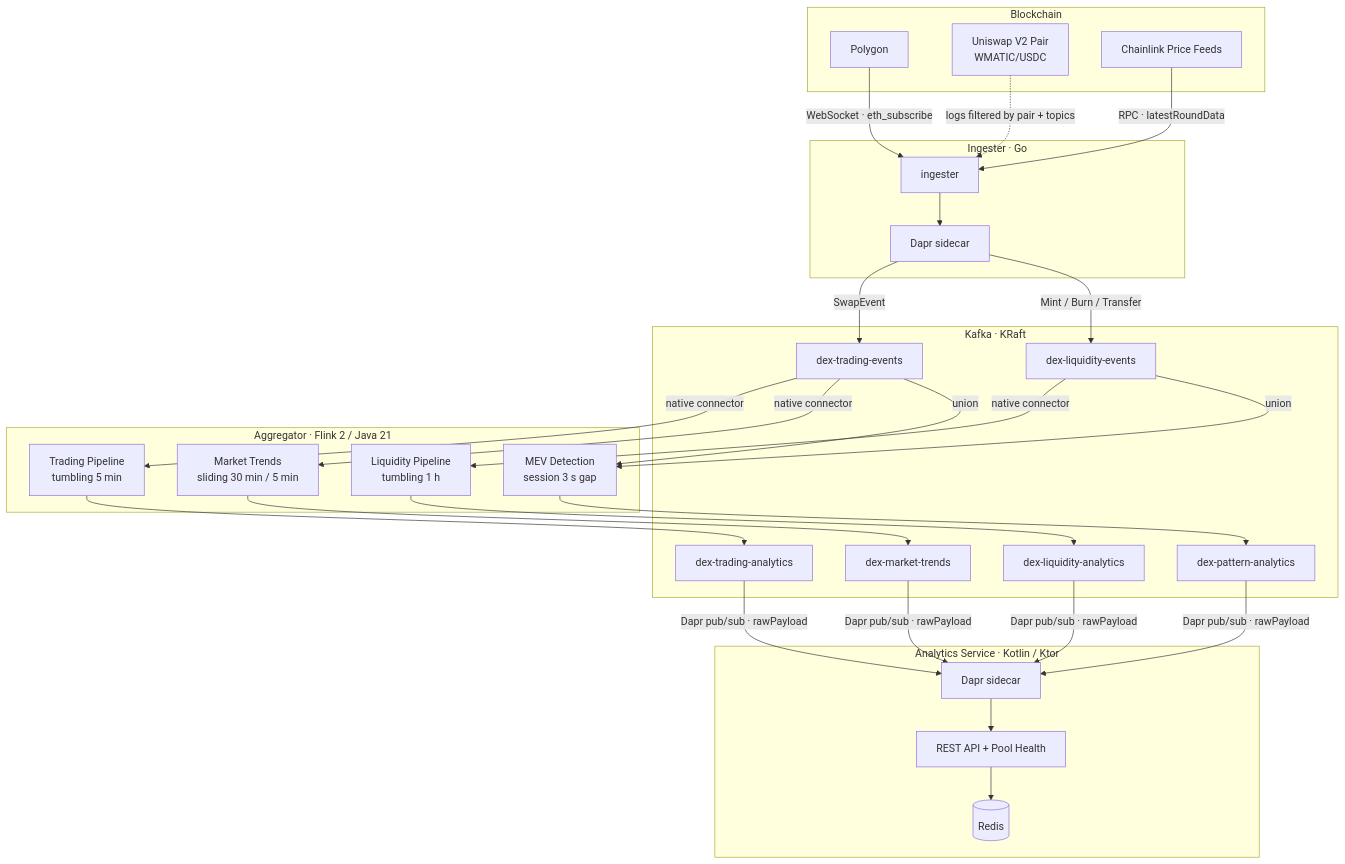
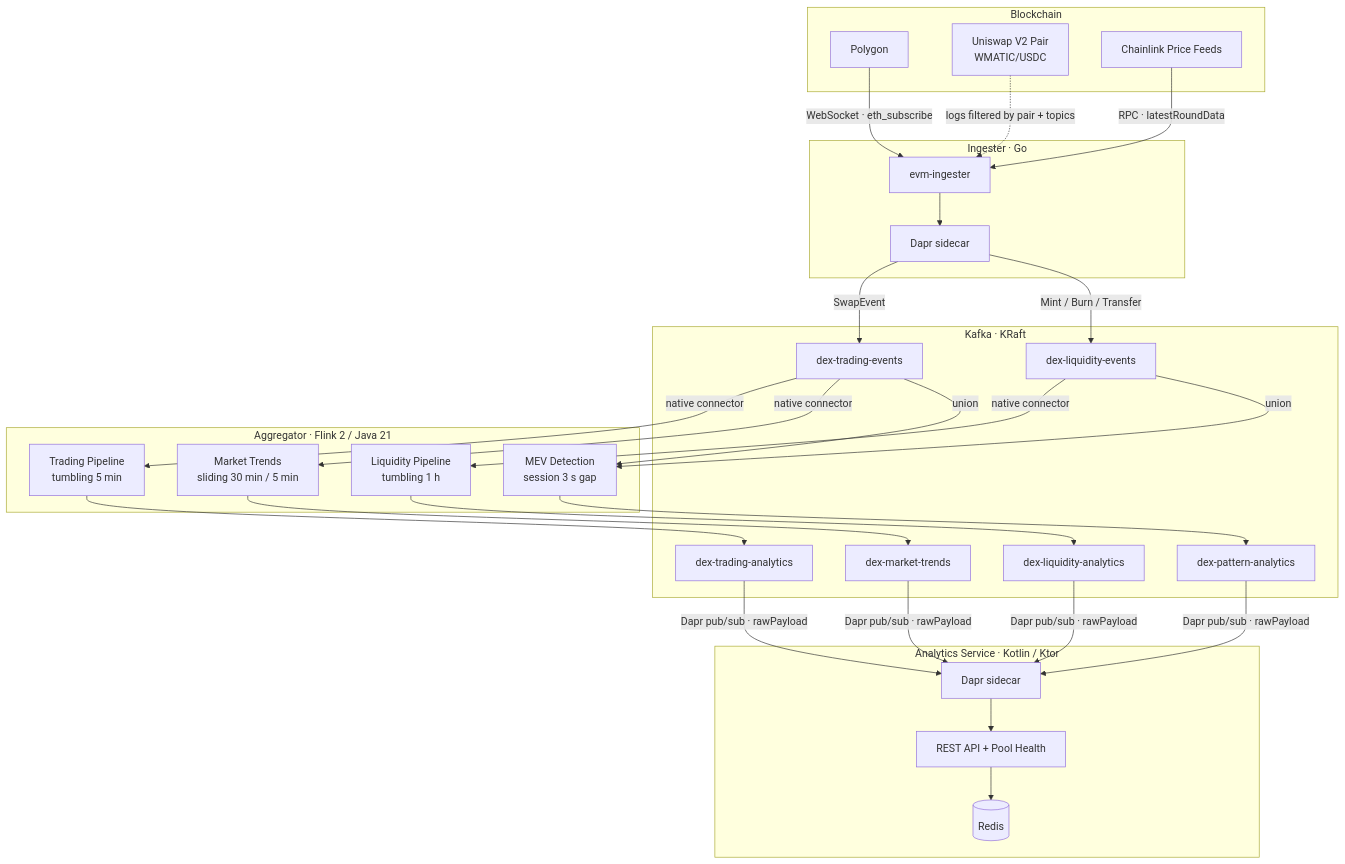
One commit to peterzzshi/dex-stream-analytics changed the first of 2 diagrams in ARCHITECTURE.md. Above: the diagram before and after it, drawn with Mermaid. The commit also changed other lines of this file and 80 other files, not shown here.

Commit message:
refactor ingester to evm specific

````diff
--- a/ARCHITECTURE.md
+++ b/ARCHITECTURE.md
@@ -7,58 +7,58 @@
 ```mermaid
 graph TD
     subgraph Blockchain
         POLY[Polygon]
         PAIR[Uniswap V2 Pair<br/>WMATIC/USDC]
         CHAIN[Chainlink Price Feeds]
     end
 
     subgraph "Ingester · Go"
-        ING[ingester]
+        ING[evm-ingester]
         DAPR_I[Dapr sidecar]
     end
 
     subgraph "Kafka · KRaft"
         KT[dex-trading-events]
         KL[dex-liquidity-events]
         OT[dex-trading-analytics]
         OL[dex-liquidity-analytics]
         OP[dex-pattern-analytics]
         OM[dex-market-trends]
     end
 
     subgraph "Aggregator · Flink 2 / Java 21"
         F1[Trading Pipeline<br/>tumbling 5 min]
         F2[Liquidity Pipeline<br/>tumbling 1 h]
         F3[MEV Detection<br/>session 3 s gap]
         F4[Market Trends<br/>sliding 30 min / 5 min]
     end
 
     subgraph "Analytics Service · Kotlin / Ktor"
         API[REST API + Pool Health]
         API_DAPR[Dapr sidecar]
         REDIS[(Redis)]
     end
 
     POLY -- "WebSocket · eth_subscribe" --> ING
     PAIR -. "logs filtered by pair + topics" .-> ING
     CHAIN -- "RPC · latestRoundData" --> ING
 
     ING --> DAPR_I
 
     DAPR_I -- SwapEvent --> KT
     DAPR_I -- "Mint / Burn / Transfer" --> KL
 
     KT -- native connector --> F1
     KT -- native connector --> F4
     KL -- native connector --> F2
     KT & KL -- union --> F3
 
     F1 --> OT
     F2 --> OL
     F3 --> OP
     F4 --> OM
 
     OT & OL & OP & OM -- "Dapr pub/sub · rawPayload" --> API_DAPR
     API_DAPR --> API
     API --> REDIS
 ```
````
